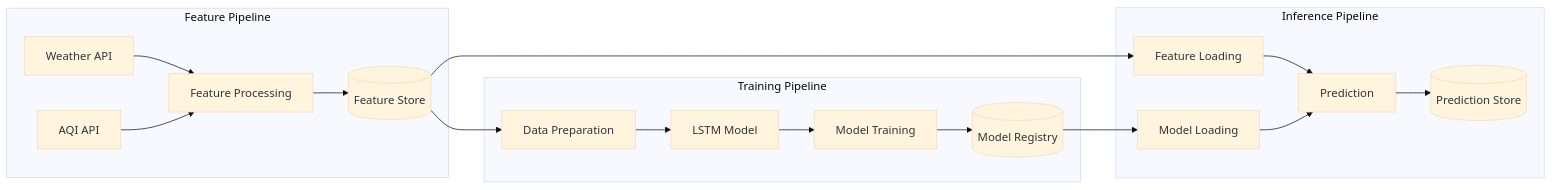
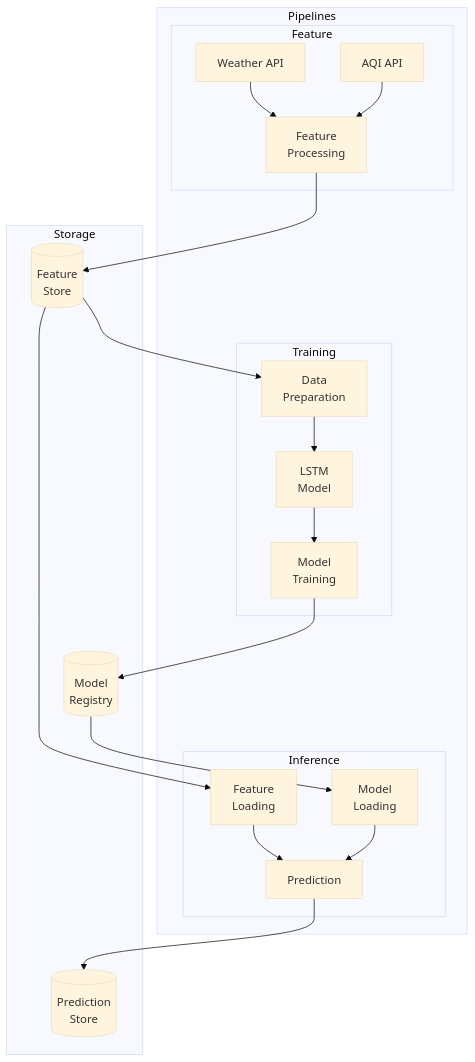
The diagram in README.md (zack-schrag/aqi-prediction), drawn with Mermaid (base theme) before and after one commit.

Commit message:
adjust mermaid diagram

````diff
--- a/README.md
+++ b/README.md
@@ -13,23 +13,31 @@
 ```mermaid
-graph LR
-    subgraph Feature Pipeline
-        A[Weather API] --> B[Feature Processing]
-        C[AQI API] --> B
-        B --> D[(Feature Store)]
+graph TD
+    subgraph Pipelines
+        subgraph Feature
+            A[Weather API] --> B[Feature<br/>Processing]
+            C[AQI API] --> B
+        end
+        
+        subgraph Training
+            E[Data<br/>Preparation] --> F[LSTM<br/>Model] --> G[Model<br/>Training]
+        end
+        
+        subgraph Inference
+            I[Feature<br/>Loading] --> K[Prediction]
+            J[Model<br/>Loading] --> K
+        end
     end
     
-    subgraph Training Pipeline
-        D --> E[Data Preparation]
-        E --> F[LSTM Model]
-        F --> G[Model Training]
-        G --> H[(Model Registry)]
+    subgraph Storage
+        D[(Feature<br/>Store)]
+        H[(Model<br/>Registry)]
+        L[(Prediction<br/>Store)]
     end
     
-    subgraph Inference Pipeline
-        D --> I[Feature Loading]
-        H --> J[Model Loading]
-        I --> K[Prediction]
-        J --> K
-        K --> L[(Prediction Store)]
-    end
+    B --> D
+    D --> E
+    D --> I
+    G --> H
+    H --> J
+    K --> L
 ```
````
